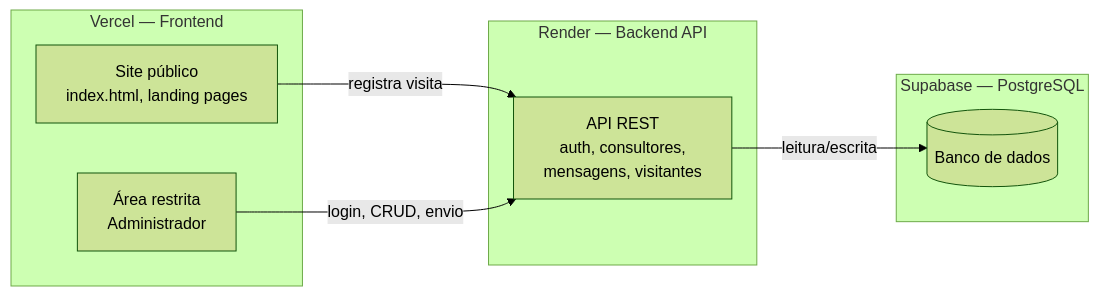
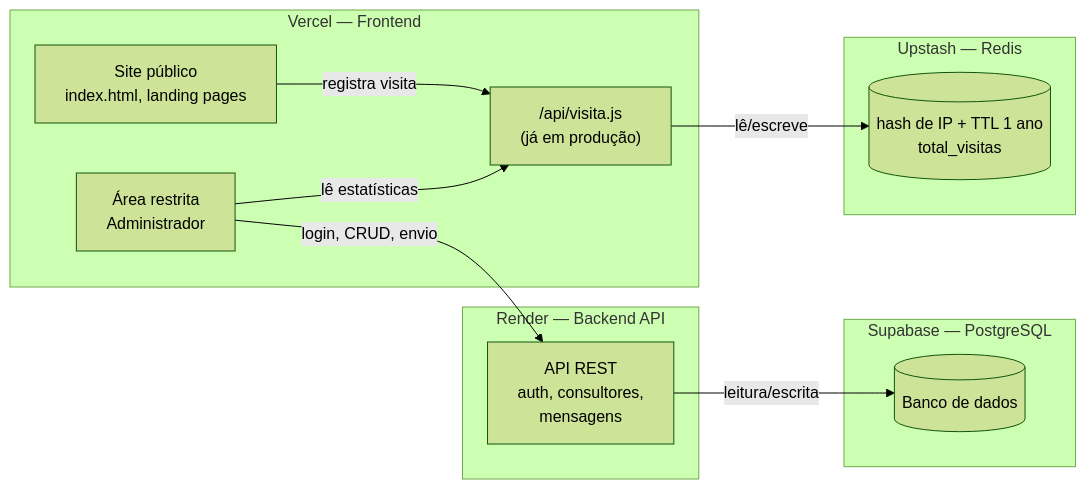
Before and after one commit to crisqua/MCVENDAS_HK: the diagram in docs/plano-sprints-area-restrita.md, drawn with Mermaid (forest theme). The commit also changed other lines of this file and 1 other file, not shown here.

````diff
--- a/docs/plano-sprints-area-restrita.md
+++ b/docs/plano-sprints-area-restrita.md
@@ -17,19 +22,26 @@
 ```mermaid
 flowchart LR
     subgraph Vercel["Vercel — Frontend"]
         A[Site público\nindex.html, landing pages]
         B[Área restrita\nAdministrador]
+        E["/api/visita.js\n(já em produção)"]
     end
 
     subgraph Render["Render — Backend API"]
-        C[API REST\nauth, consultores,\nmensagens, visitantes]
+        C[API REST\nauth, consultores,\nmensagens]
     end
 
     subgraph Supabase["Supabase — PostgreSQL"]
         D[(Banco de dados)]
     end
 
-    A -- "registra visita" --> C
+    subgraph Upstash["Upstash — Redis"]
+        F[(hash de IP + TTL 1 ano\ntotal_visitas)]
+    end
+
+    A -- "registra visita" --> E
+    E -- "lê/escreve" --> F
     B -- "login, CRUD, envio" --> C
+    B -- "lê estatísticas" --> E
     C -- "leitura/escrita" --> D
 ```
````
